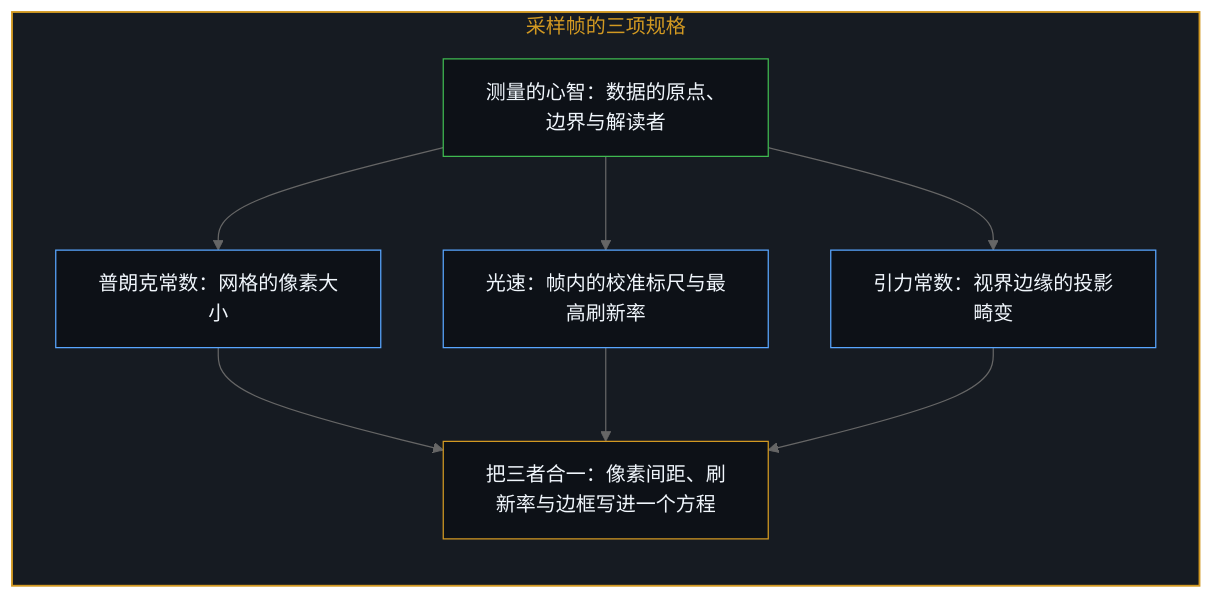
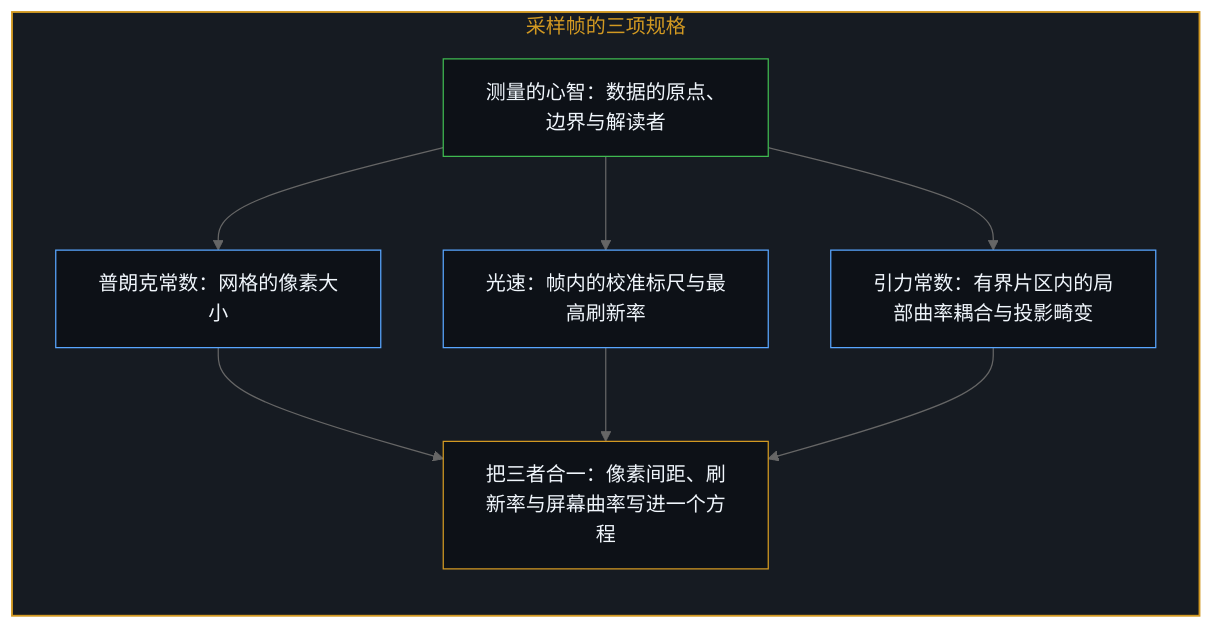
One commit to powerpig99/not-a-toe changed the seventh of 12 diagrams in content/posts/the-black-and-white-sample-frame-and-the-extrapolated-universe.md. Above: the diagram before and after it, drawn with Mermaid (neutral theme). The commit also changed other lines of this file and 1 other file, not shown here.

````diff
--- a/content/posts/the-black-and-white-sample-frame-and-the-extrapolated-universe.md
+++ b/content/posts/the-black-and-white-sample-frame-and-the-extrapolated-universe.md
@@ -225,23 +225,23 @@
 ```mermaid
 flowchart TD
     subgraph S_Specs["采样帧的三项规格"]
         direction TB
         Mind["测量的心智：数据的原点、边界与解读者"]
         Planck["普朗克常数：网格的像素大小"]
         Light["光速：帧内的校准标尺与最高刷新率"]
-        Gravity["引力常数：视界边缘的投影畸变"]
-        Unify["把三者合一：像素间距、刷新率与边框写进一个方程"]
+        Gravity["引力常数：有界片区内的局部曲率耦合与投影畸变"]
+        Unify["把三者合一：像素间距、刷新率与屏幕曲率写进一个方程"]
         Mind --> Planck
         Mind --> Light
         Mind --> Gravity
         Planck --> Unify
         Light --> Unify
         Gravity --> Unify
     end
     style S_Specs fill:#161b22,stroke:#d29922,stroke-width:1.5px,color:#d29922
     style Mind fill:#0d1117,stroke:#3fb950,stroke-width:1px,color:#f0f6fc
     style Planck fill:#0d1117,stroke:#58a6ff,stroke-width:1px,color:#f0f6fc
     style Light fill:#0d1117,stroke:#58a6ff,stroke-width:1px,color:#f0f6fc
     style Gravity fill:#0d1117,stroke:#58a6ff,stroke-width:1px,color:#f0f6fc
     style Unify fill:#0d1117,stroke:#d29922,stroke-width:1px,color:#f0f6fc
 ```
````
